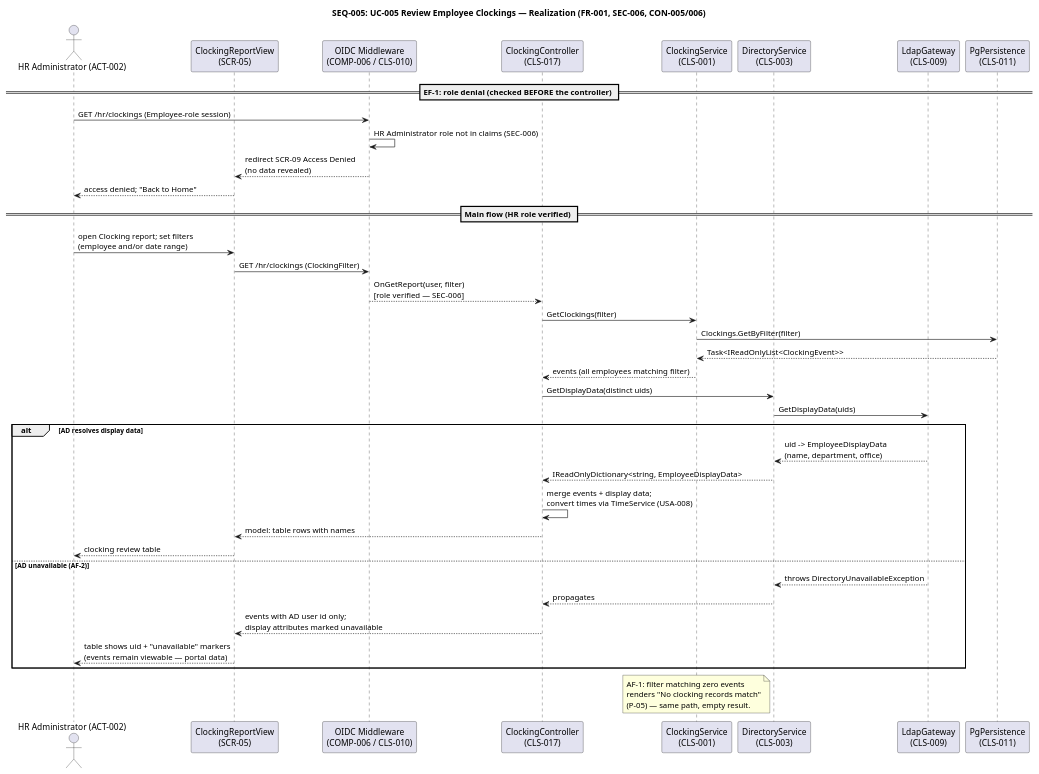
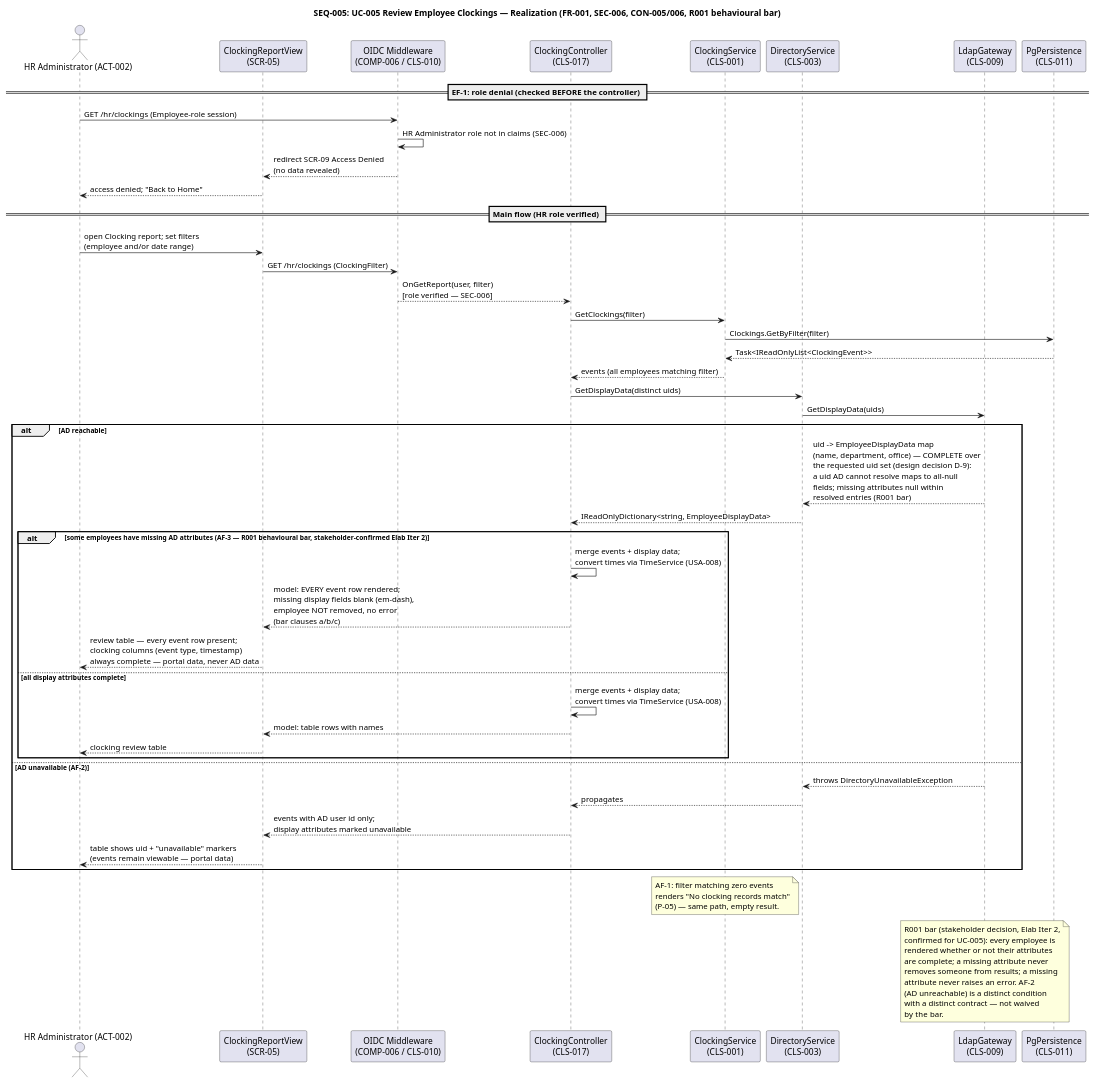
One commit to banense-test/employee-portal changed the seventh of 24 diagrams in docs/artifacts/analysis---design/design-model.md. Above: the diagram before and after it, drawn with PlantUML. The commit also changed other lines of this file, not shown here.

First line of the commit message:
Designer [E2]: upsert Design Model

````diff
--- a/docs/artifacts/analysis---design/design-model.md
+++ b/docs/artifacts/analysis---design/design-model.md
@@ -537,48 +538,65 @@
 ```plantuml
 @startuml
-title SEQ-005: UC-005 Review Employee Clockings — Realization (FR-001, SEC-006, CON-005/006)
+title SEQ-005: UC-005 Review Employee Clockings — Realization (FR-001, SEC-006, CON-005/006, R001 behavioural bar)
 
 actor "HR Administrator (ACT-002)" as HR
 participant "ClockingReportView\n(SCR-05)" as VIEW
 participant "OIDC Middleware\n(COMP-006 / CLS-010)" as MW
 participant "ClockingController\n(CLS-017)" as CTL
 participant "ClockingService\n(CLS-001)" as CLK
 participant "DirectoryService\n(CLS-003)" as DIR
 participant "LdapGateway\n(CLS-009)" as LDAP
 participant "PgPersistence\n(CLS-011)" as PG
 
 == EF-1: role denial (checked BEFORE the controller) ==
 HR -> MW : GET /hr/clockings (Employee-role session)
 MW -> MW : HR Administrator role not in claims (SEC-006)
 MW --> VIEW : redirect SCR-09 Access Denied\n(no data revealed)
 VIEW --> HR : access denied; "Back to Home"
 
 == Main flow (HR role verified) ==
 HR -> VIEW : open Clocking report; set filters\n(employee and/or date range)
 VIEW -> MW : GET /hr/clockings (ClockingFilter)
 MW --> CTL : OnGetReport(user, filter)\n[role verified — SEC-006]
 CTL -> CLK : GetClockings(filter)
 CLK -> PG : Clockings.GetByFilter(filter)
 PG --> CLK : Task<IReadOnlyList<ClockingEvent>>
 CLK --> CTL : events (all employees matching filter)
 CTL -> DIR : GetDisplayData(distinct uids)
 DIR -> LDAP : GetDisplayData(uids)
-alt AD resolves display data
-  LDAP --> DIR : uid -> EmployeeDisplayData\n(name, department, office)
+alt AD reachable
+  LDAP --> DIR : uid -> EmployeeDisplayData map\n(name, department, office) — COMPLETE over\nthe requested uid set (design decision D-9):\na uid AD cannot resolve maps to all-null\nfields; missing attributes null within\nresolved entries (R001 bar)
   DIR --> CTL : IReadOnlyDictionary<string, EmployeeDisplayData>
-  CTL -> CTL : merge events + display data;\nconvert times via TimeService (USA-008)
-  CTL --> VIEW : model: table rows with names
-  VIEW --> HR : clocking review table
+  alt some employees have missing AD attributes (AF-3 — R001 behavioural bar, stakeholder-confirmed Elab Iter 2)
+    CTL -> CTL : merge events + display data;\nconvert times via TimeService (USA-008)
+    CTL --> VIEW : model: EVERY event row rendered;\nmissing display fields blank (em-dash),\nemployee NOT removed, no error\n(bar clauses a/b/c)
+    VIEW --> HR : review table — every event row present;\nclocking columns (event type, timestamp)\nalways complete — portal data, never AD data
+  else all display attributes complete
+    CTL -> CTL : merge events + display data;\nconvert times via TimeService (USA-008)
+    CTL --> VIEW : model: table rows with names
+    VIEW --> HR : clocking review table
+  end
 else AD unavailable (AF-2)
   LDAP --> DIR : throws DirectoryUnavailableException
   DIR --> CTL : propagates
   CTL --> VIEW : events with AD user id only;\ndisplay attributes marked unavailable
   VIEW --> HR : table shows uid + "unavailable" markers\n(events remain viewable — portal data)
 end
 note over CLK
   AF-1: filter matching zero events
   renders "No clocking records match"
   (P-05) — same path, empty result.
 end note
+note over LDAP
+  R001 bar (stakeholder decision, Elab Iter 2,
+  confirmed for UC-005): every employee is
+  rendered whether or not their attributes
+  are complete; a missing attribute never
+  removes someone from results; a missing
+  attribute never raises an error. AF-2
+  (AD unreachable) is a distinct condition
+  with a distinct contract — not waived
+  by the bar.
+end note
 @enduml
 ```
````
